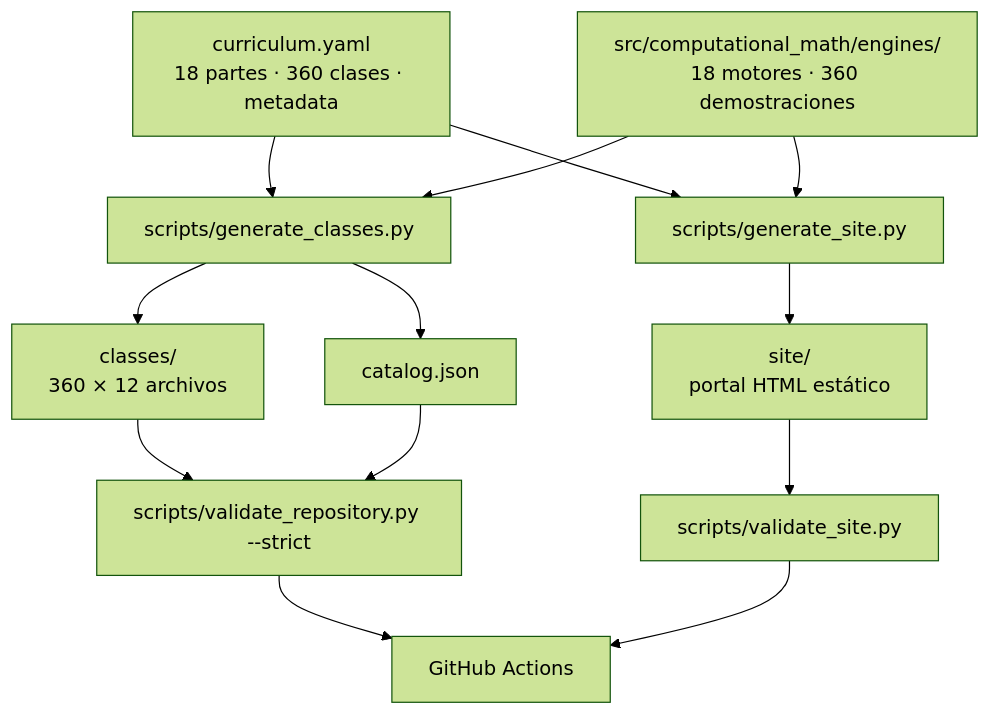
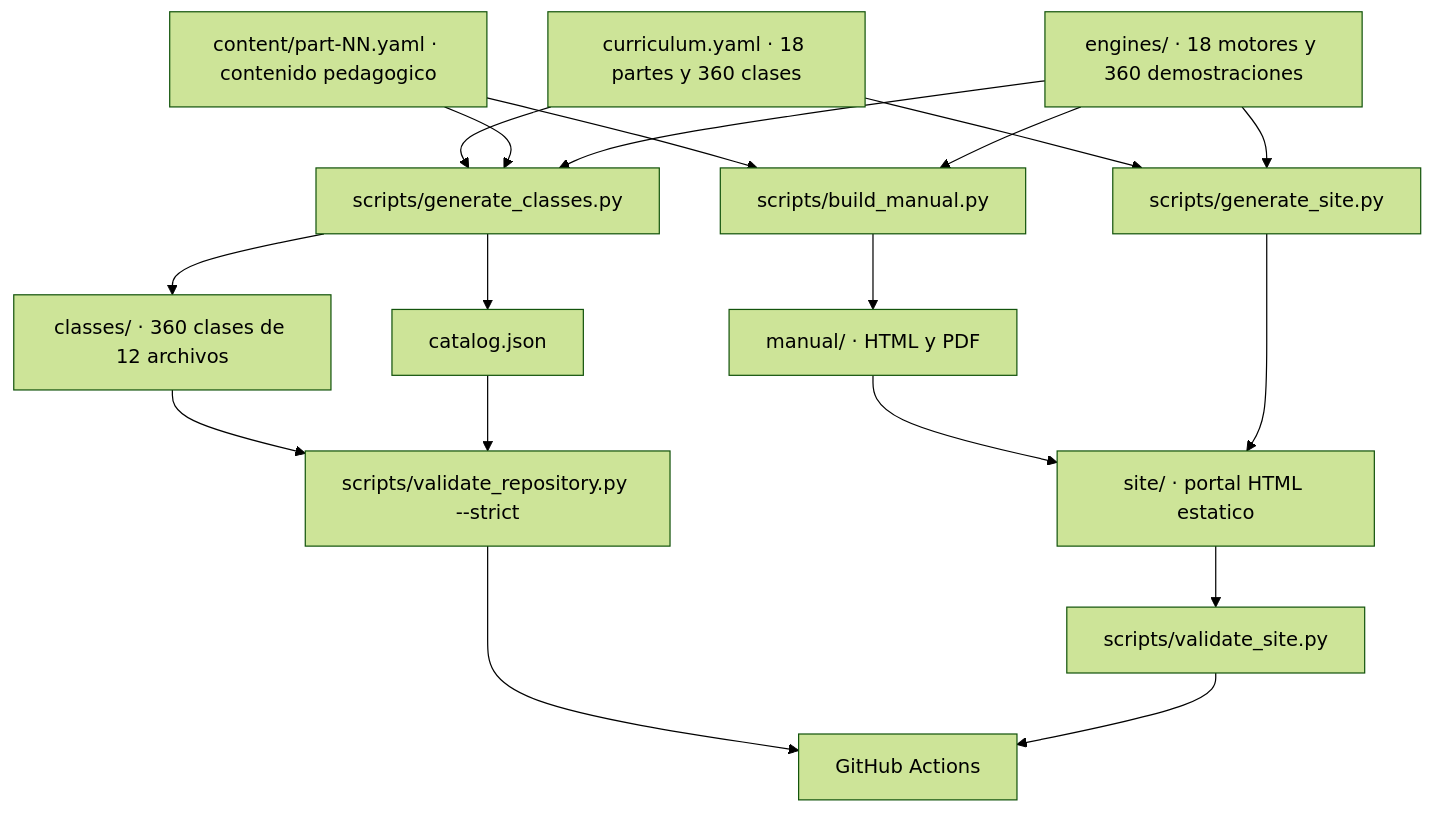
The diagram in docs/ARCHITECTURE.md (vladimiracunadev-create/computational-mathematics-program), drawn with Mermaid (forest theme) before and after one commit. The commit also changed other lines of this file and 389 other files, not shown here.

First line of the commit message:
fix(diagramas): elimina el HTML de las etiquetas Mermaid

````diff
--- a/docs/ARCHITECTURE.md
+++ b/docs/ARCHITECTURE.md
@@ -9,15 +9,20 @@
 ```mermaid
 flowchart TD
-    Y["curriculum.yaml<br/>18 partes · 360 clases · metadata"] --> G
-    E["src/computational_math/engines/<br/>18 motores · 360 demostraciones"] --> G
-    G["scripts/generate_classes.py"] --> C["classes/<br/>360 × 12 archivos"]
+    Y["curriculum.yaml · 18 partes y 360 clases"] --> G
+    K["content/part-NN.yaml · contenido pedagogico"] --> G
+    E["engines/ · 18 motores y 360 demostraciones"] --> G
+    G["scripts/generate_classes.py"] --> C["classes/ · 360 clases de 12 archivos"]
     G --> J["catalog.json"]
     Y --> S["scripts/generate_site.py"]
     E --> S
-    S --> W["site/<br/>portal HTML estático"]
+    K --> M["scripts/build_manual.py"]
+    E --> M
+    M --> P["manual/ · HTML y PDF"]
+    P --> W
+    S --> W["site/ · portal HTML estatico"]
     C --> V["scripts/validate_repository.py --strict"]
     J --> V
     W --> VS["scripts/validate_site.py"]
     V --> CI["GitHub Actions"]
     VS --> CI
 ```
````
